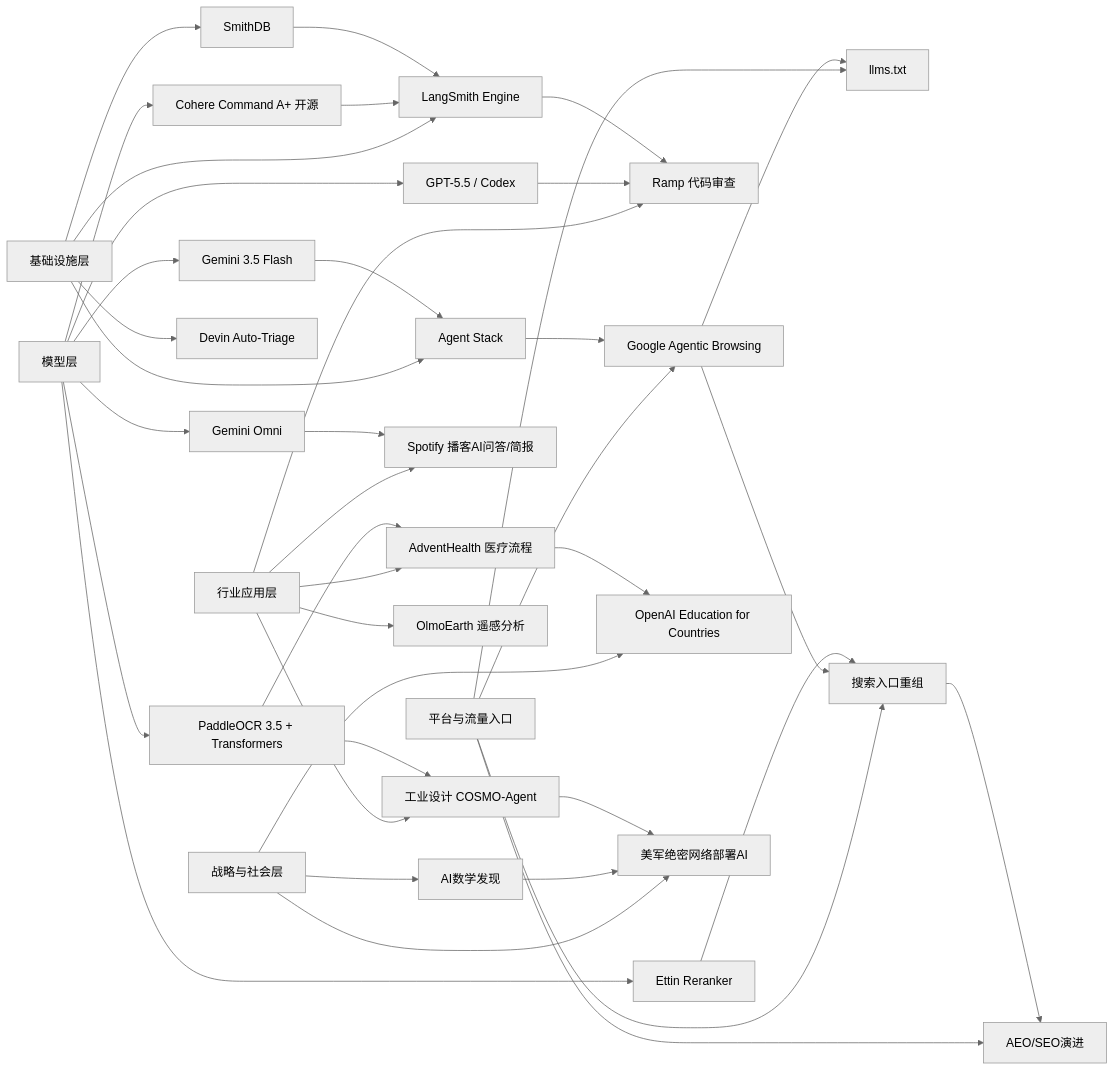
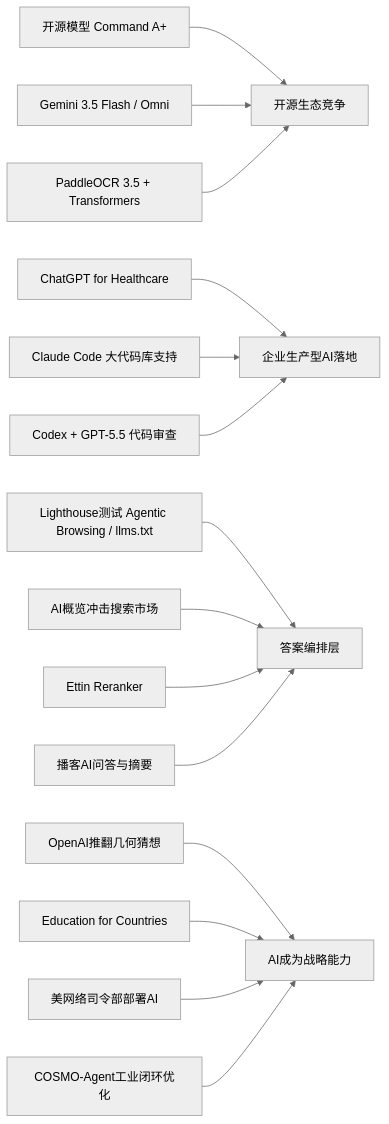
One commit to zhuxinfei/ai-daily-site changed the diagram in content/cn/2026/2026-05/2026-05-22.md. Above: the diagram before and after it, drawn with Mermaid (neutral theme). The commit also changed other lines of this file, not shown here.

````diff
--- a/content/cn/2026/2026-05/2026-05-22.md
+++ b/content/cn/2026/2026-05/2026-05-22.md
@@ -110,46 +140,20 @@
 ```mermaid
 graph LR
-    A[模型层] --> A1[Cohere Command A+ 开源]
-    A --> A2[Gemini 3.5 Flash]
-    A --> A3[Gemini Omni]
-    A --> A4[GPT-5.5 / Codex]
-    A --> A5[Ettin Reranker]
-    A --> A6[PaddleOCR 3.5 + Transformers]
+    Cohere[开源模型 Command A+] --> Ecosystem[开源生态竞争]
+    GoogleGemini[Gemini 3.5 Flash / Omni] --> Ecosystem
+    PaddleOCR[PaddleOCR 3.5 + Transformers] --> Ecosystem
 
-    B[基础设施层] --> B1[LangSmith Engine]
-    B --> B2[SmithDB]
-    B --> B3[Agent Stack]
-    B --> B4[Devin Auto-Triage]
+    AdventHealth[ChatGPT for Healthcare] --> EnterpriseAI[企业生产型AI落地]
+    ClaudeCode[Claude Code 大代码库支持] --> EnterpriseAI
+    Ramp[Codex + GPT-5.5 代码审查] --> EnterpriseAI
 
-    C[行业应用层] --> C1[AdventHealth 医疗流程]
-    C --> C2[Ramp 代码审查]
-    C --> C3[Spotify 播客AI问答/简报]
-    C --> C4[工业设计 COSMO-Agent]
-    C --> C5[OlmoEarth 遥感分析]
+    GoogleLighthouse[Lighthouse测试 Agentic Browsing / llms.txt] --> AnswerLayer[答案编排层]
+    SearchShift[AI概览冲击搜索市场] --> AnswerLayer
+    Ettin[Ettin Reranker] --> AnswerLayer
+    Spotify[播客AI问答与摘要] --> AnswerLayer
 
-    D[平台与流量入口] --> D1[Google Agentic Browsing]
-    D --> D2[llms.txt]
-    D --> D3[搜索入口重组]
-    D --> D4[AEO/SEO演进]
-
-    E[战略与社会层] --> E1[OpenAI Education for Countries]
-    E --> E2[AI数学发现]
-    E --> E3[美军绝密网络部署AI]
-
-    A1 --> B1
-    A2 --> B3
-    A3 --> C3
-    A4 --> C2
-    A6 --> C1
-    A6 --> C4
-    B1 --> C2
-    B2 --> B1
-    B3 --> D1
-    D1 --> D2
-    D1 --> D3
-    D3 --> D4
-    A5 --> D3
-    C1 --> E1
-    E2 --> E3
-    C4 --> E3
+    OpenAIMath[OpenAI推翻几何猜想] --> StrategicAI[AI成为战略能力]
+    Education[Education for Countries] --> StrategicAI
+    CyberCommand[美网络司令部部署AI] --> StrategicAI
+    COSMO[COSMO-Agent工业闭环优化] --> StrategicAI
 ```
````
